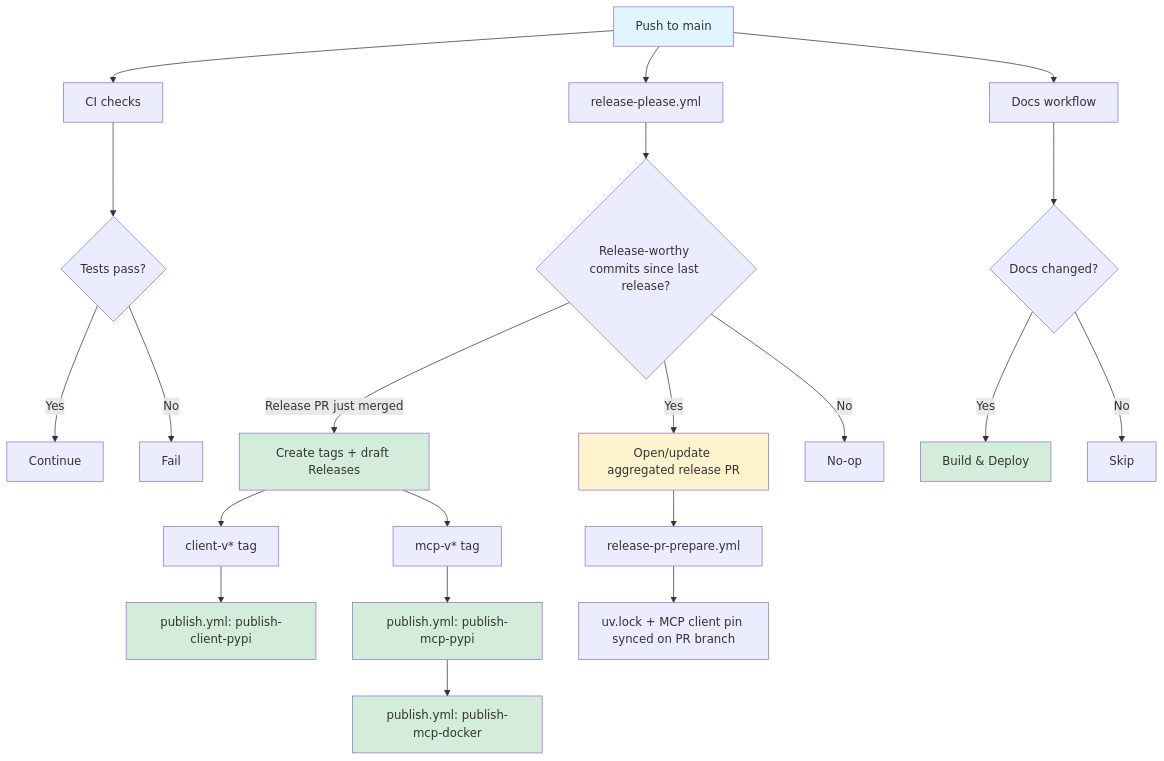
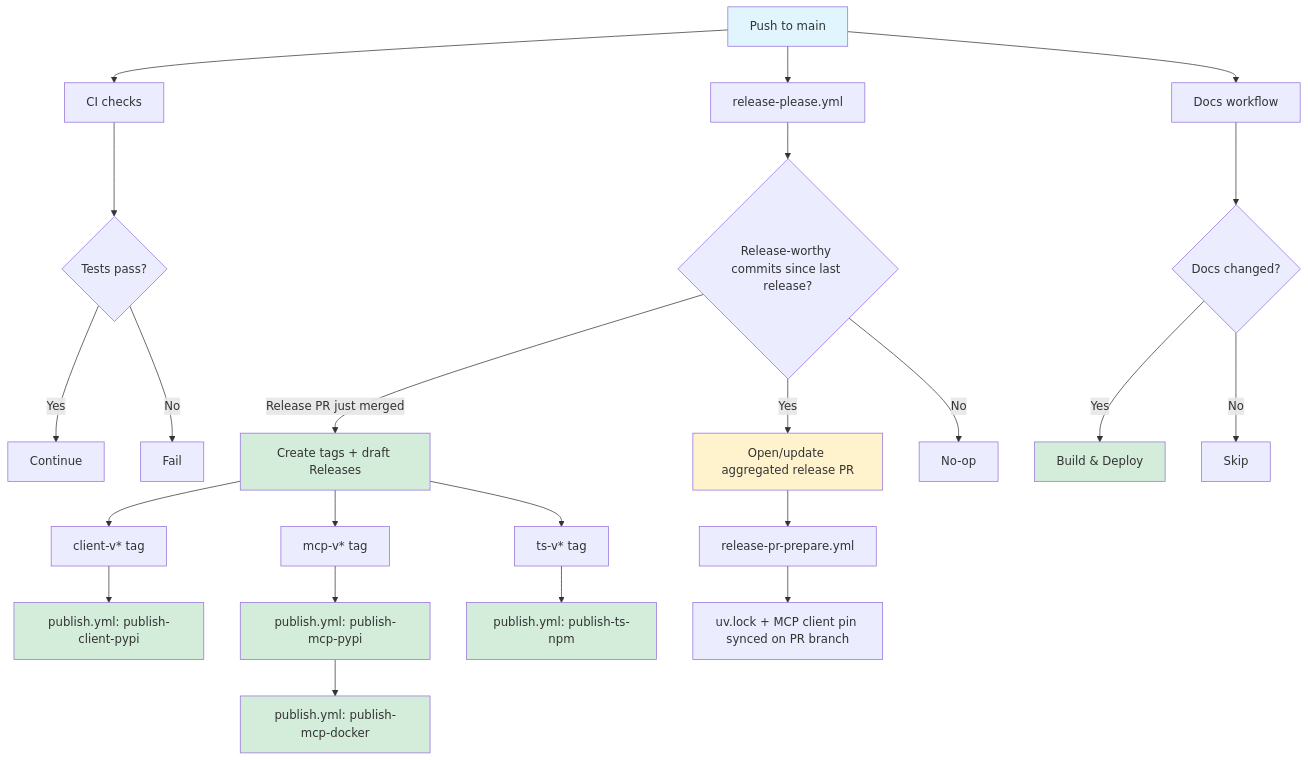
Before and after one commit to dougborg/katana-openapi-client: the diagram in .github/workflows/README.md, drawn with Mermaid. The commit also changed other lines of this file and 12 other files, not shown here.

First line of the commit message:
ci(ts): publish the TypeScript client to npm from release-please tags

````diff
--- a/.github/workflows/README.md
+++ b/.github/workflows/README.md
@@ -186,38 +191,41 @@
 ```mermaid
 graph TD
     A[Push to main] --> B[CI checks]
     A --> C[release-please.yml]
     A --> D[Docs workflow]
 
     B --> E{Tests pass?}
     E -->|Yes| F[Continue]
     E -->|No| G[Fail]
 
     C --> H{Release-worthy commits since last release?}
     H -->|Yes| I[Open/update aggregated release PR]
     H -->|Release PR just merged| J[Create tags + draft Releases]
     H -->|No| K[No-op]
 
     J --> L[client-v* tag]
     J --> M[mcp-v* tag]
+    J --> V[ts-v* tag]
 
     L --> N[publish.yml: publish-client-pypi]
     M --> O[publish.yml: publish-mcp-pypi]
+    V --> W[publish.yml: publish-ts-npm]
 
     O --> P[publish.yml: publish-mcp-docker]
 
     I --> Q[release-pr-prepare.yml]
     Q --> R[uv.lock + MCP client pin synced on PR branch]
 
     D --> S{Docs changed?}
     S -->|Yes| T[Build & Deploy]
     S -->|No| U[Skip]
 
     style A fill:#e1f5ff
     style I fill:#fff3cd
     style J fill:#d4edda
     style N fill:#d4edda
     style O fill:#d4edda
     style P fill:#d4edda
+    style W fill:#d4edda
     style T fill:#d4edda
 ```
````
